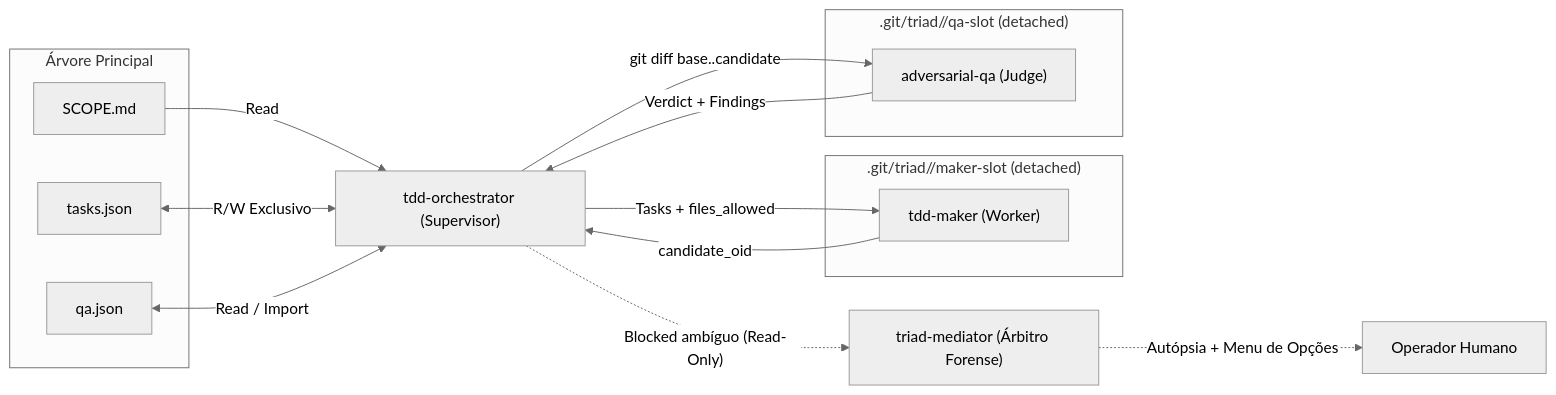
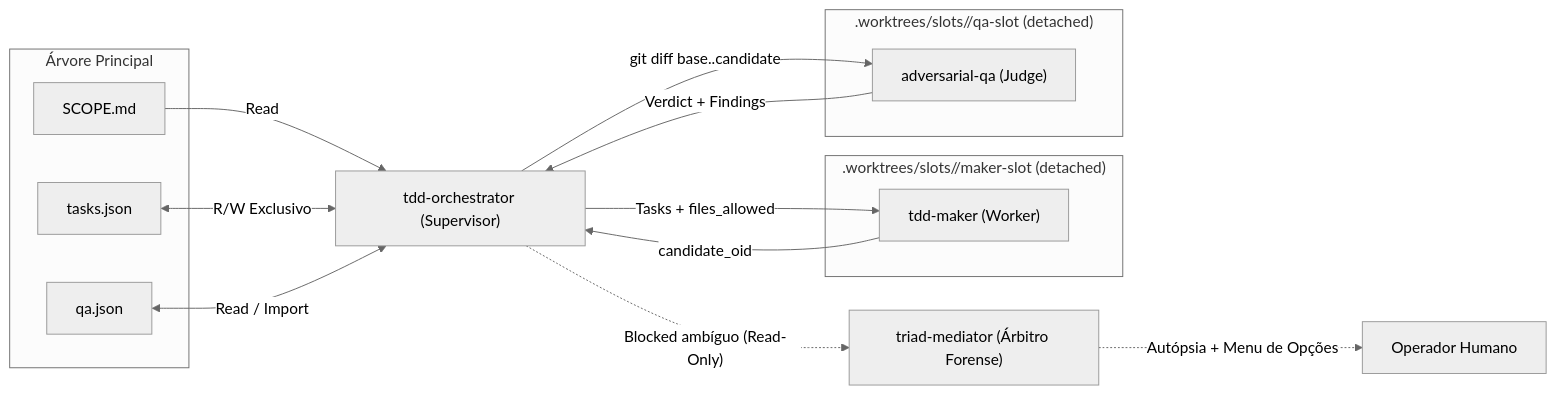
The first of 2 diagrams in docs/adr/TDD_TRIAD_BLUEPRINT.md (correriadev/agentic-workbench), drawn with Mermaid (neutral theme) before and after one commit. The commit also changed other lines of this file and 7 other files, not shown here.

Commit message:
fix(triad): standardize worktree slots to .worktrees/slots and harden codex dispatch

````diff
--- a/docs/adr/TDD_TRIAD_BLUEPRINT.md
+++ b/docs/adr/TDD_TRIAD_BLUEPRINT.md
@@ -38,26 +38,26 @@
 ```mermaid
 flowchart LR
     subgraph Canonical["Árvore Principal"]
         SCOPE["SCOPE.md"]
         TASKS["tasks.json"]
         QA_CANON["qa.json"]
     end
     ORCH["tdd-orchestrator (Supervisor)"]
-    subgraph MakerSlot[".git/triad/<id>/maker-slot (detached)"]
+    subgraph MakerSlot[".worktrees/slots/<id>/maker-slot (detached)"]
         MAKER["tdd-maker (Worker)"]
     end
-    subgraph QASlot[".git/triad/<id>/qa-slot (detached)"]
+    subgraph QASlot[".worktrees/slots/<id>/qa-slot (detached)"]
         JUDGE["adversarial-qa (Judge)"]
     end
     MED["triad-mediator (Árbitro Forense)"]
 
     SCOPE -->|Read| ORCH
     TASKS <-->|R/W Exclusivo| ORCH
     QA_CANON <-->|Read / Import| ORCH
     ORCH -->|"Tasks + files_allowed"| MAKER
     MAKER -->|"candidate_oid"| ORCH
     ORCH -->|"git diff base..candidate"| JUDGE
     JUDGE -->|"Verdict + Findings"| ORCH
     ORCH -.->|"Blocked ambíguo (Read-Only)"| MED
     MED -.->|"Autópsia + Menu de Opções"| OPERATOR["Operador Humano"]
 ```
````
